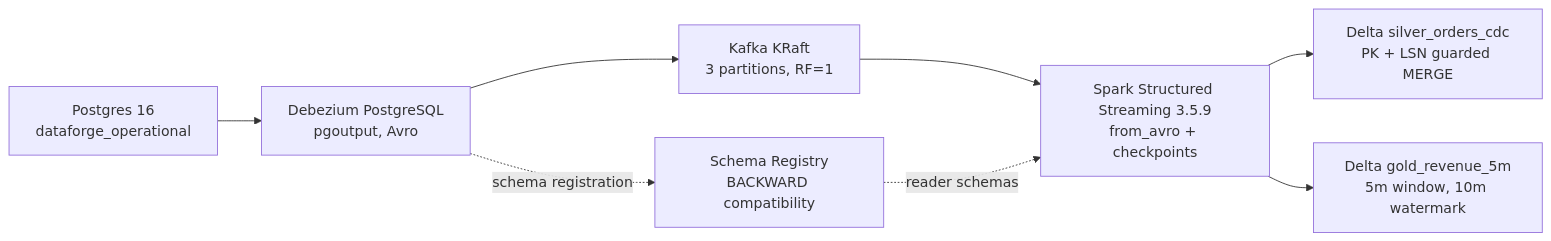
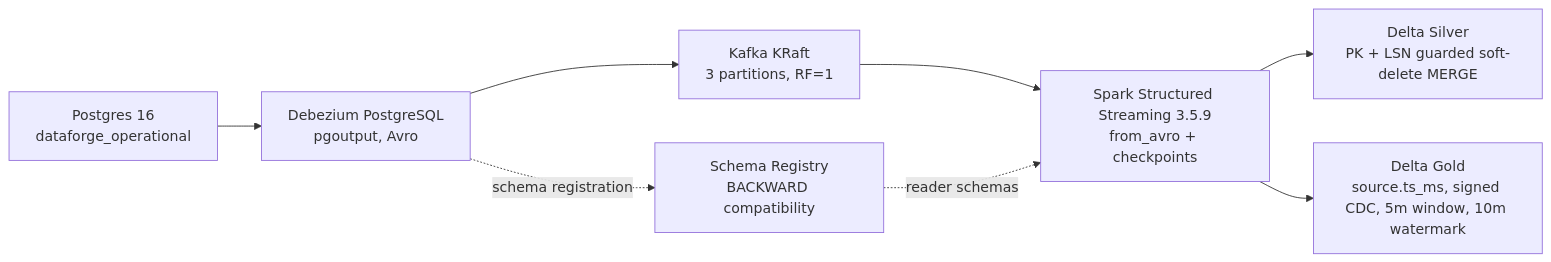
Before and after one commit to Dat071104/dataforge-commerce-platform: the diagram in docs/week8/README.md, drawn with Mermaid. The commit also changed 15 other files, not shown here.

````diff
--- a/docs/week8/README.md
+++ b/docs/week8/README.md
@@ -50,10 +50,10 @@
 ```mermaid
 flowchart LR
     PG["Postgres 16<br/>dataforge_operational"] --> DBZ["Debezium PostgreSQL<br/>pgoutput, Avro"]
     DBZ --> K["Kafka KRaft<br/>3 partitions, RF=1"]
     DBZ -. schema registration .-> SR["Schema Registry<br/>BACKWARD compatibility"]
     K --> SP["Spark Structured Streaming 3.5.9<br/>from_avro + checkpoints"]
     SR -. reader schemas .-> SP
-    SP --> SILVER["Delta silver_orders_cdc<br/>PK + LSN guarded MERGE"]
-    SP --> GOLD["Delta gold_revenue_5m<br/>5m window, 10m watermark"]
+    SP --> SILVER["Delta Silver<br/>PK + LSN guarded soft-delete MERGE"]
+    SP --> GOLD["Delta Gold<br/>source.ts_ms, signed CDC, 5m window, 10m watermark"]
 ```
````
